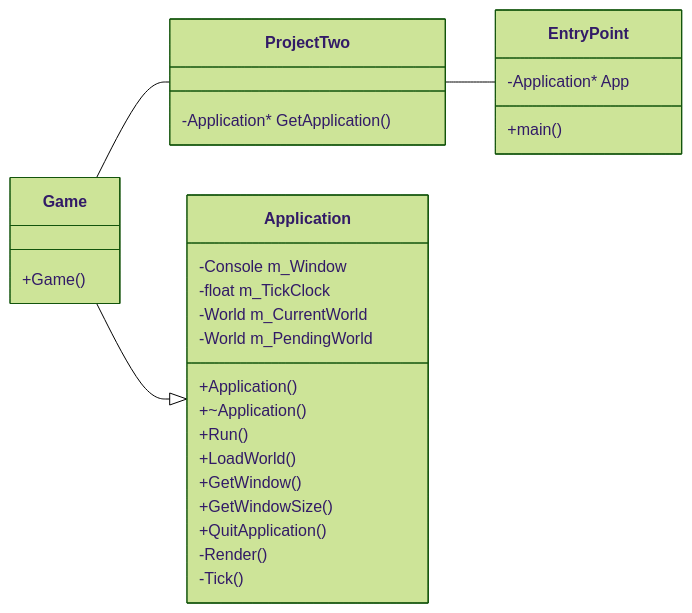
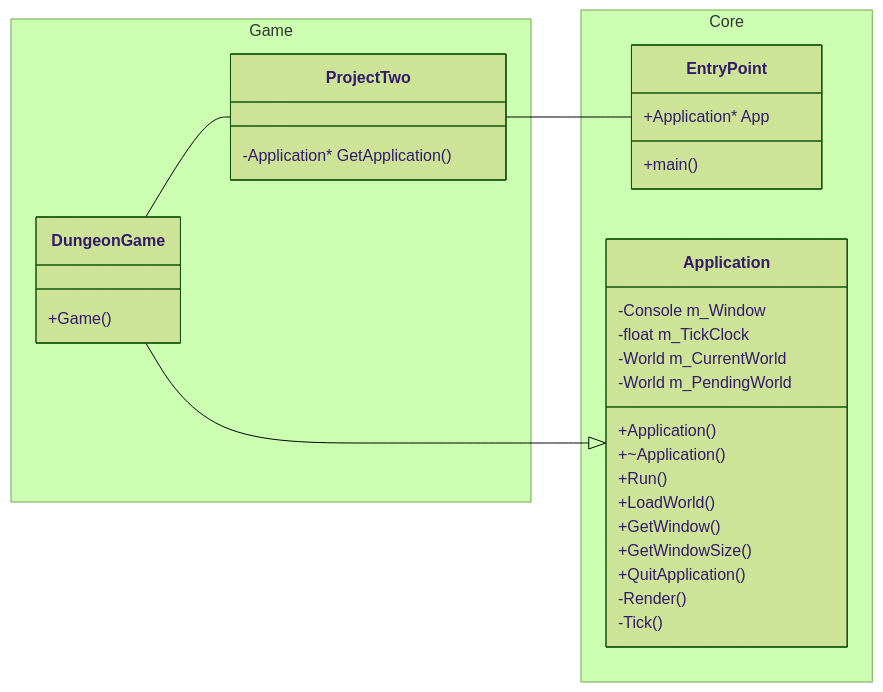
The second of 2 diagrams in ProjectTwo/JOURNAL.md (rfspencer/DungeonEngine), drawn with Mermaid (forest theme) before and after one commit. The commit also changed other lines of this file, not shown here.

Commit message:
Captain's Log 20240720
Forgot to commit this yesterday

````diff
--- a/ProjectTwo/JOURNAL.md
+++ b/ProjectTwo/JOURNAL.md
@@ -7,31 +53,38 @@
 ```mermaid
 classDiagram
     direction RL
     EntryPoint -- ProjectTwo
-    ProjectTwo -- Game
-    Application <|-- Game
-    EntryPoint : +main()
-    EntryPoint : -Application* App
-    class ProjectTwo{
-        -Application* GetApplication()
+    ProjectTwo -- DungeonGame
+    Application <|-- DungeonGame
+    namespace Game {
+        class ProjectTwo{
+            -Application* GetApplication()
+        }
+        class DungeonGame{
+            +Game()
+        } 
     }
-    class Game{
-        +Game()
+    namespace Core{
+        class EntryPoint{
+            +main()
+            +Application* App
+        }   
+        class Application{
+            -Console m_Window
+            -float m_TickClock
+            -World m_CurrentWorld
+            -World m_PendingWorld
+
+            +Application()
+            +~Application()
+            +Run()
+            +LoadWorld()
+            +GetWindow()
+            +GetWindowSize()
+            +QuitApplication()
+            -Render()
+            -Tick()
+        }
     }
-    class Application{
-        -Console m_Window
-        -float m_TickClock
-        -World m_CurrentWorld
-        -World m_PendingWorld
-        
-        +Application()
-        +~Application()
-        +Run()
-        +LoadWorld()
-        +GetWindow()
-        +GetWindowSize()
-        +QuitApplication()
-        -Render()
-        -Tick()
-    }
+    
 ```
````
